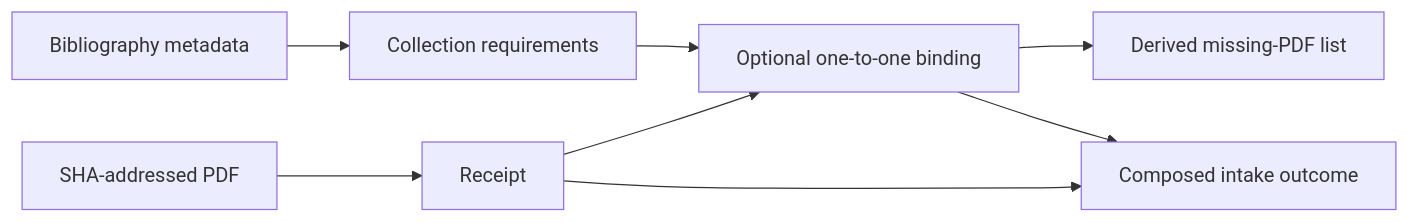
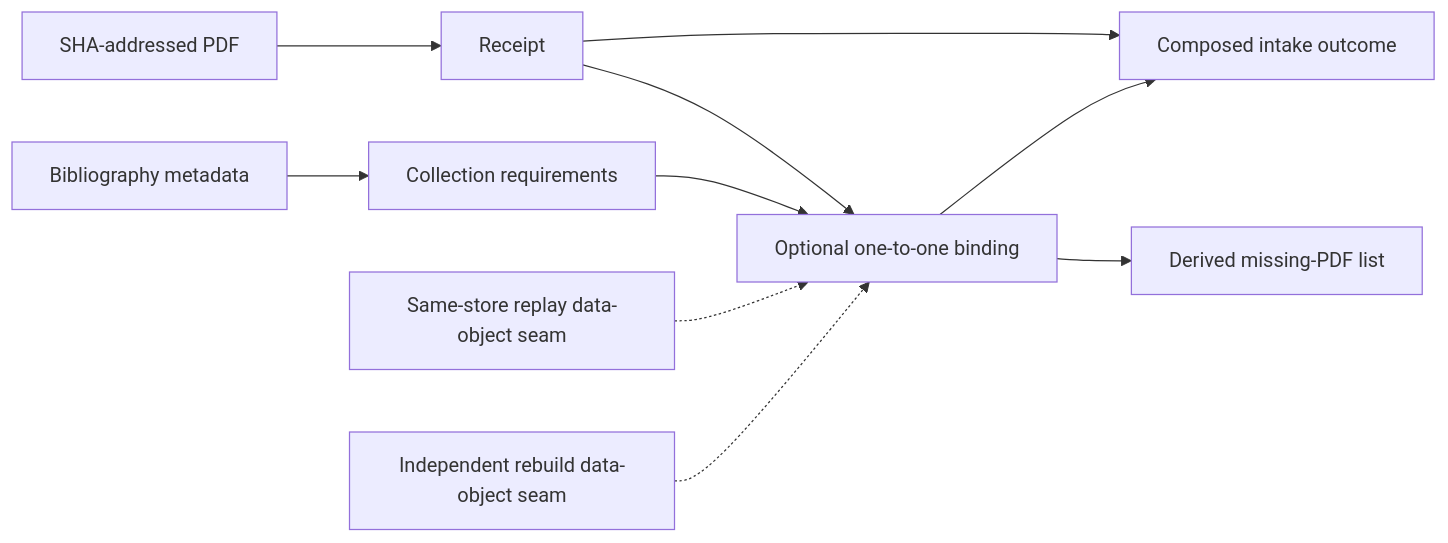
The diagram in docs/architecture/projectkoios/references/document_reference/schematic.md (eragasa/projectkoios-references), drawn with Mermaid before and after one commit. The commit also changed other lines of this file and 13 other files, not shown here.

Commit message:
add document reference replay data object seams

````diff
--- a/docs/architecture/projectkoios/references/document_reference/schematic.md
+++ b/docs/architecture/projectkoios/references/document_reference/schematic.md
@@ -3,10 +3,12 @@
 ```mermaid
 flowchart LR
     M[Bibliography metadata] --> C[Collection requirements]
     P[SHA-addressed PDF] --> R[Receipt]
     C --> B[Optional one-to-one binding]
     R --> B
     B --> D[Derived missing-PDF list]
     R --> I[Composed intake outcome]
     B --> I
+    S[Same-store replay data-object seam] -.-> B
+    E[Independent rebuild data-object seam] -.-> B
 ```
````
